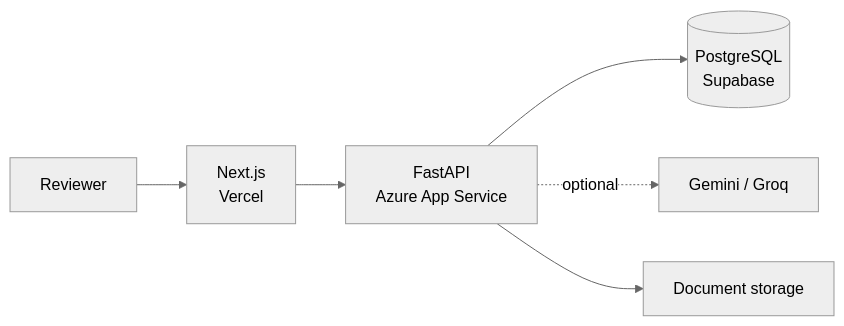
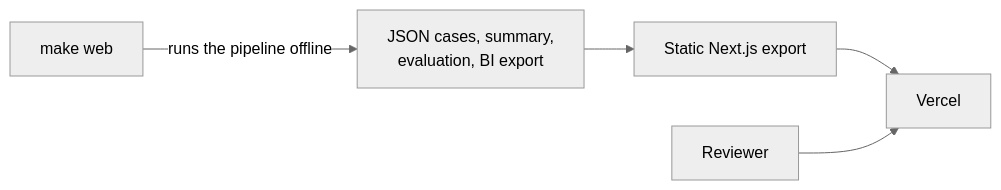
The fourth of 4 diagrams in docs/architecture.md (Niloy-Bhuiyan/countersign), drawn with Mermaid (neutral theme) before and after one commit. The commit also changed other lines of this file, not shown here.

Commit message:
describe the architecture as built, including what is not

````diff
--- a/docs/architecture.md
+++ b/docs/architecture.md
@@ -188,8 +192,7 @@
 ```mermaid
 flowchart LR
-    U["Reviewer"] --> W["Next.js<br/>Vercel"]
-    W --> API["FastAPI<br/>Azure App Service"]
-    API --> PG[("PostgreSQL<br/>Supabase")]
-    API -.optional.-> LLM["Gemini / Groq"]
-    API --> FS["Document storage"]
+    B["make web"] -->|runs the pipeline offline| J["JSON cases, summary,<br/>evaluation, BI export"]
+    J --> S["Static Next.js export"]
+    S --> V["Vercel"]
+    U["Reviewer"] --> V
 ```
````
